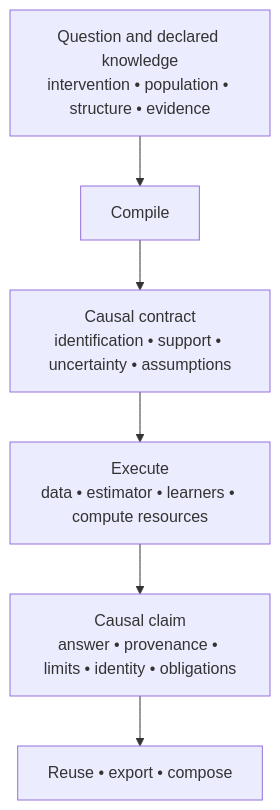
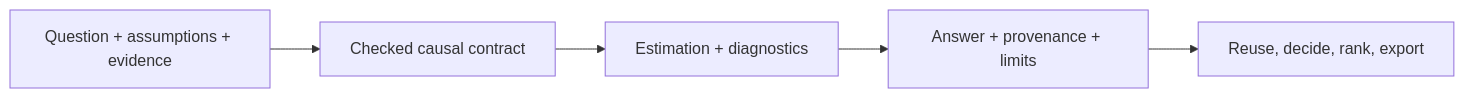
One commit to iridae-dev/antecedent changed the diagram in README.md. Above: the diagram before and after it, drawn with Mermaid. The commit also changed other lines of this file, not shown here.

````diff
--- a/README.md
+++ b/README.md
@@ -7,10 +9,9 @@
 ```mermaid
-flowchart TD
-    Q["Question and declared knowledge<br/>intervention • population • structure • evidence"]
-    C["Compile"]
-    K["Causal contract<br/>identification • support • uncertainty • assumptions"]
-    E["Execute<br/>data • estimator • learners • compute resources"]
-    R["Causal claim<br/>answer • provenance • limits • identity • obligations"]
-    O["Reuse • export • compose"]
-    Q --> C --> K --> E --> R --> O
+flowchart LR
+    Q["Question + assumptions + evidence"]
+    C["Checked causal contract"]
+    E["Estimation + diagnostics"]
+    R["Answer + provenance + limits"]
+    O["Reuse, decide, rank, export"]
+    Q --> C --> E --> R --> O
 ```
````
